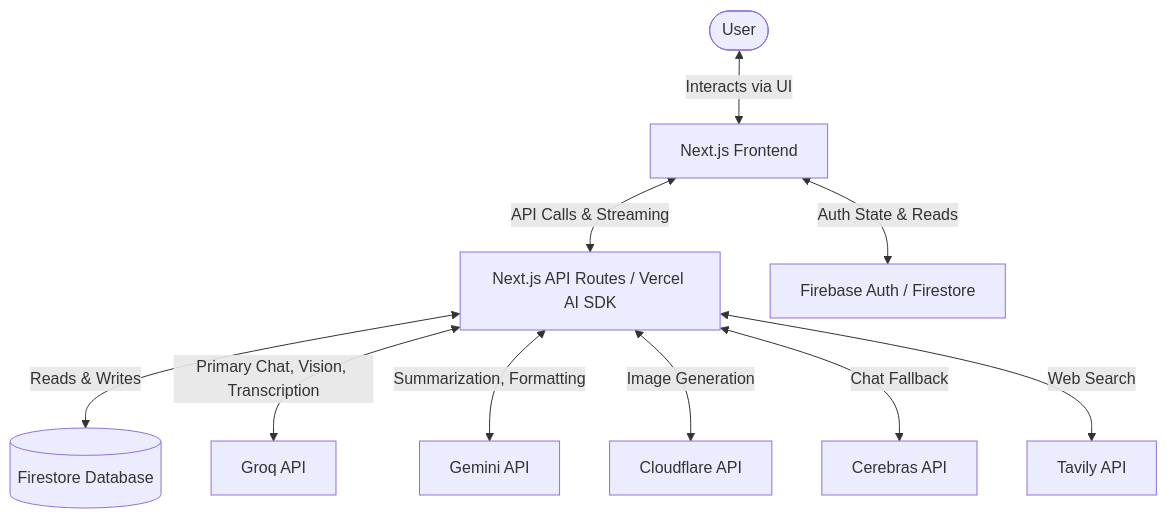
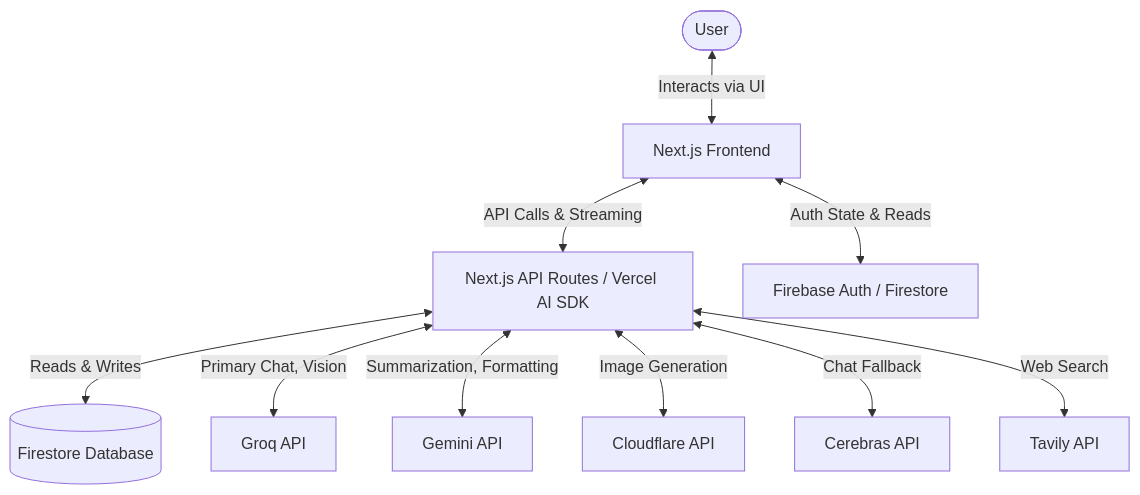
One commit to worsarise-gif/Chrono changed the second of 3 diagrams in documents.md. Above: the diagram before and after it, drawn with Mermaid. The commit also changed other lines of this file and 3 other files, not shown here.

````diff
--- a/documents.md
+++ b/documents.md
@@ -68,13 +67,13 @@
 ```mermaid
 flowchart TD
     User([User]) <-->|Interacts via UI| UI[Next.js Frontend]
     UI <-->|API Calls & Streaming| API[Next.js API Routes / Vercel AI SDK]
     UI <-->|Auth State & Reads| FirebaseClient[Firebase Auth / Firestore]
 
     API <-->|Reads & Writes| Firestore[(Firestore Database)]
-    API <-->|Primary Chat, Vision, Transcription| Groq[Groq API]
+    API <-->|Primary Chat, Vision| Groq[Groq API]
     API <-->|Summarization, Formatting| Gemini[Gemini API]
     API <-->|Image Generation| Cloudflare[Cloudflare API]
     API <-->|Chat Fallback| Cerebras[Cerebras API]
     API <-->|Web Search| Tavily[Tavily API]
 ```
````
